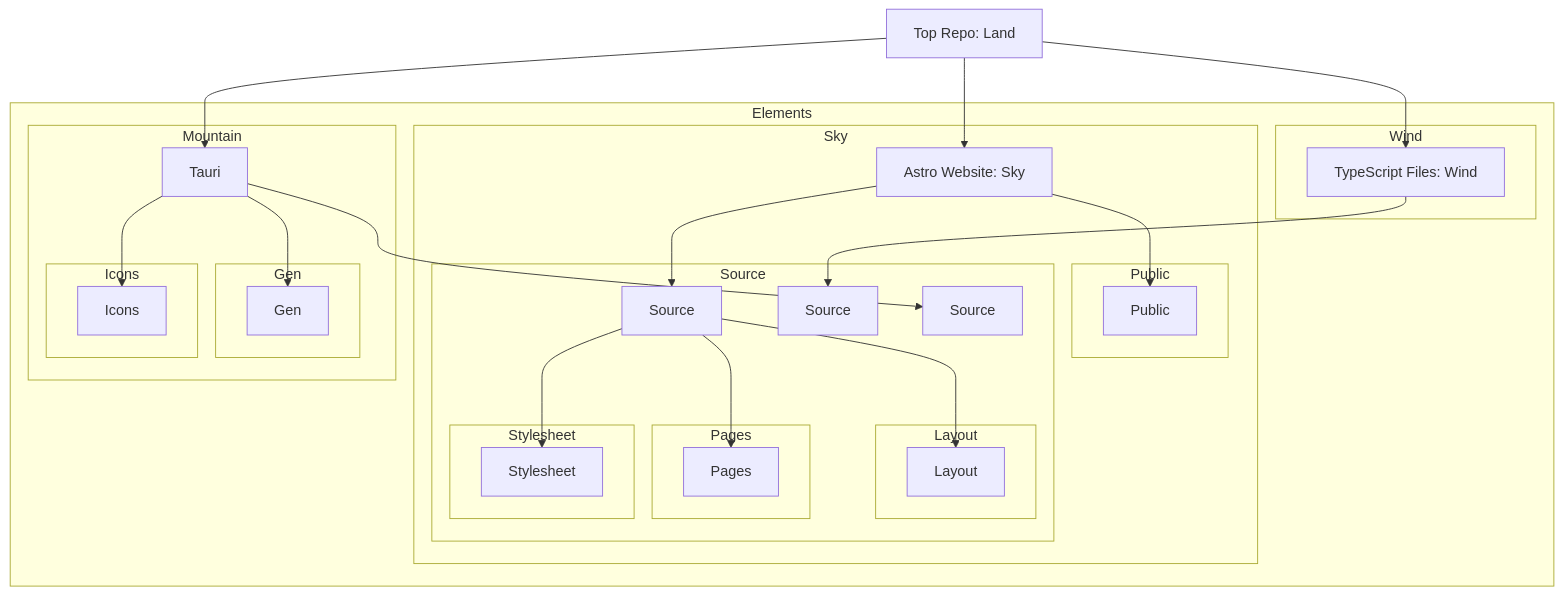
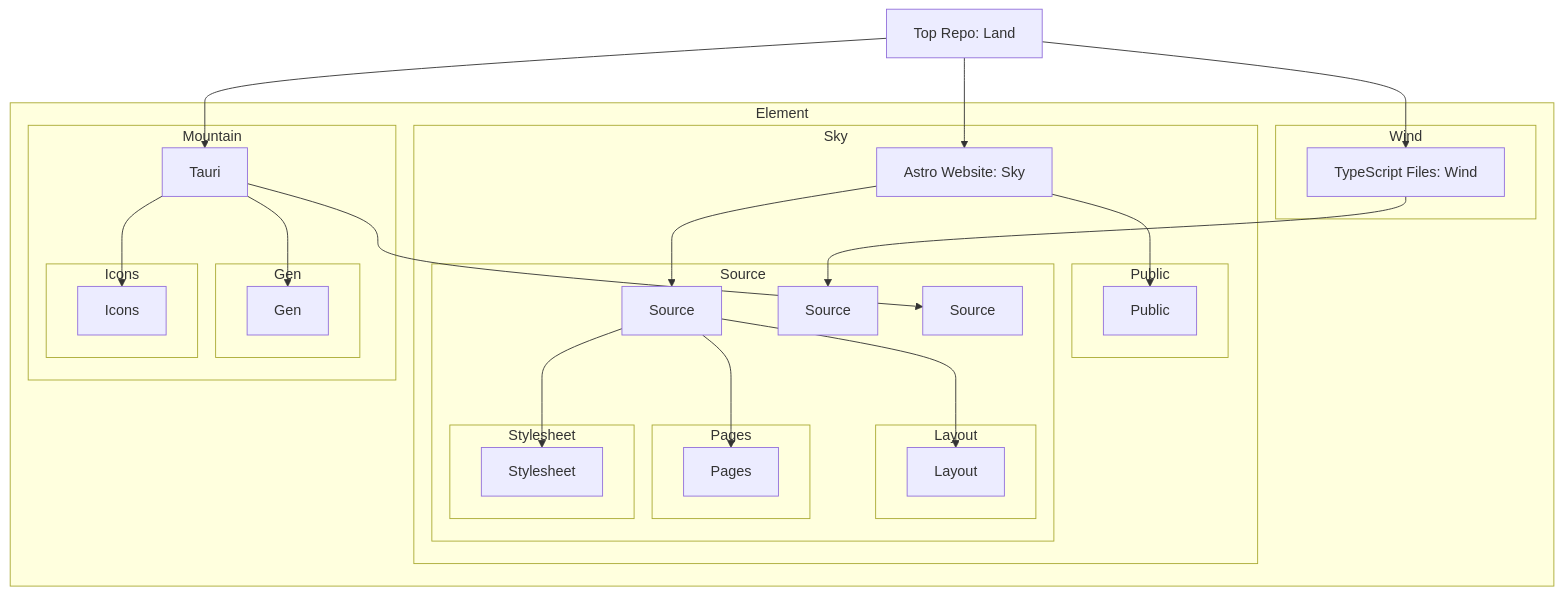
One commit to CodeEditorLand/Land changed the first of 2 diagrams in README.md. Above: the diagram before and after it, drawn with Mermaid. The commit also changed 2 other files, not shown here.

````diff
--- a/README.md
+++ b/README.md
@@ -52,58 +52,58 @@
 ```mermaid
 graph TD
     A[Top Repo: Land]
 
-    subgraph Elements
+    subgraph Element
         subgraph Sky
             D[Astro Website: Sky]
             subgraph Public
                 D3[Public]
             end
             subgraph Source
                 D4[Source]
                 subgraph Layout
                     D5[Layout]
                 end
                 subgraph Pages
                     D6[Pages]
                 end
                 subgraph Stylesheet
                     D7[Stylesheet]
                 end
             end
         end
 
         subgraph Wind
             F[TypeScript Files: Wind]
             subgraph Source
                 F3[Source]
             end
         end
 
         subgraph Mountain
             G[Tauri]
             subgraph Gen
                 G3[Gen]
             end
             subgraph Icons
                 G4[Icons]
             end
             subgraph Source
                 G5[Source]
             end
         end
     end
 
     A --> D
     A --> F
     A --> G
     D --> D3
     D --> D4
     D4 --> D5
     D4 --> D6
     D4 --> D7
     F --> F3
     G --> G3
     G --> G4
     G --> G5
 ```
````
